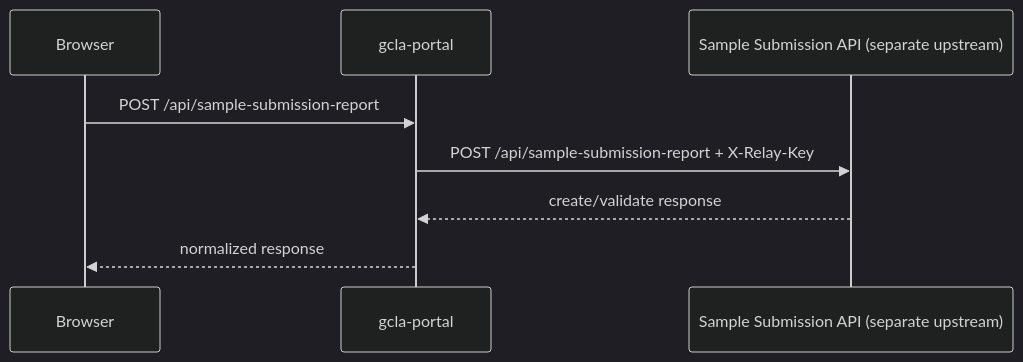
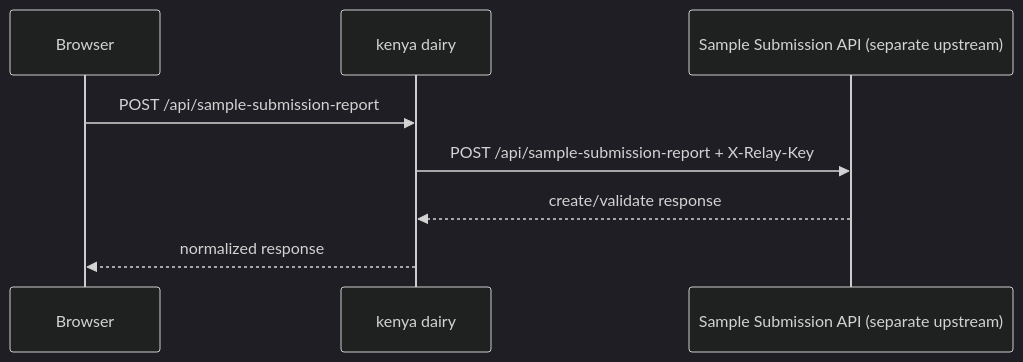
One commit to ErnestKamau/shh changed the third of 3 diagrams in docs/customer-portal-gateway-lims-3-app-integration.md. Above: the diagram before and after it, drawn with Mermaid (dark theme). The commit also changed other lines of this file, not shown here.

Commit message:
Update architecture and sequence diagrams for kenya-dairy

````diff
--- a/docs/customer-portal-gateway-lims-3-app-integration.md
+++ b/docs/customer-portal-gateway-lims-3-app-integration.md
@@ -191,11 +190,11 @@
 ```mermaid
 sequenceDiagram
     participant B as Browser
-    participant P as gcla-portal
+    participant P as kenya dairy
     participant S as Sample Submission API (separate upstream)
 
     B->>P: POST /api/sample-submission-report
     P->>S: POST /api/sample-submission-report + X-Relay-Key
     S-->>P: create/validate response
     P-->>B: normalized response
 ```
````
